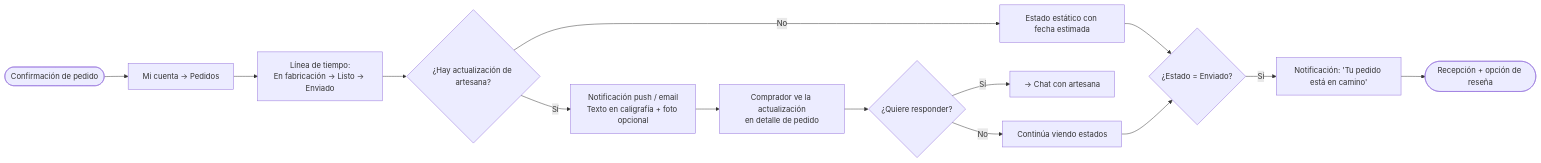
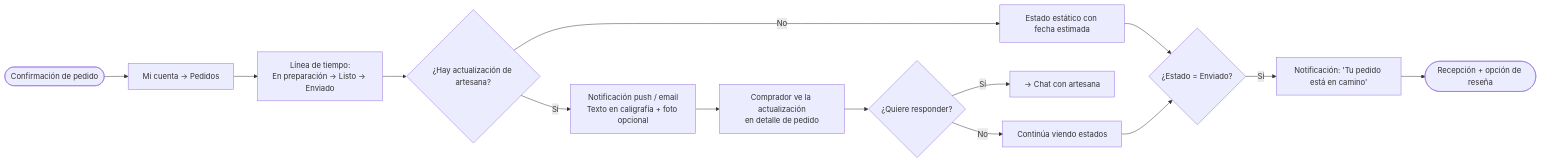
Before and after one commit to carlaportela/artelier: the sixth of 6 diagrams in _bmad-output/planning-artifacts/ux-design-specification.md, drawn with Mermaid. The commit also changed other lines of this file and 3 other files, not shown here.

````diff
--- a/_bmad-output/planning-artifacts/ux-design-specification.md
+++ b/_bmad-output/planning-artifacts/ux-design-specification.md
@@ -600,15 +600,15 @@
 ```mermaid
 flowchart LR
     A([Confirmación de pedido]) --> B[Mi cuenta → Pedidos]
-    B --> C[Línea de tiempo:\nEn fabricación → Listo → Enviado]
+    B --> C[Línea de tiempo:\nEn preparación → Listo → Enviado]
     C --> D{¿Hay actualización de artesana?}
     D -->|Sí| E[Notificación push / email\nTexto en caligrafía + foto opcional]
     D -->|No| F[Estado estático con fecha estimada]
     E --> G[Comprador ve la actualización\nen detalle de pedido]
     G --> H{¿Quiere responder?}
     H -->|Sí| I[→ Chat con artesana]
     H -->|No| J[Continúa viendo estados]
     F & J --> K{¿Estado = Enviado?}
     K -->|Sí| L[Notificación: 'Tu pedido está en camino']
     L --> M([Recepción + opción de reseña])
 ```
````
